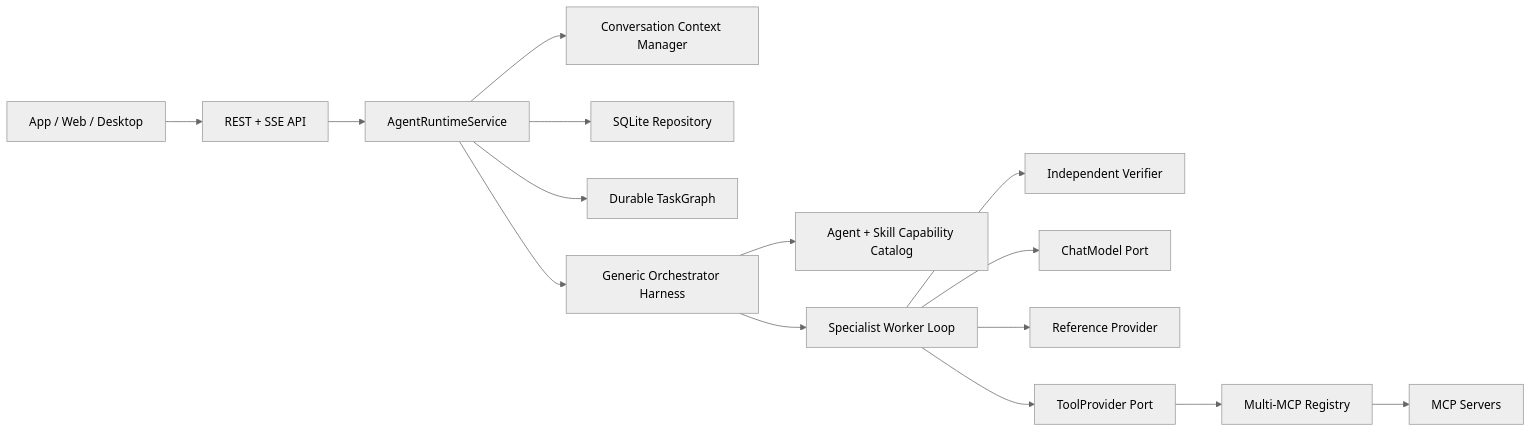
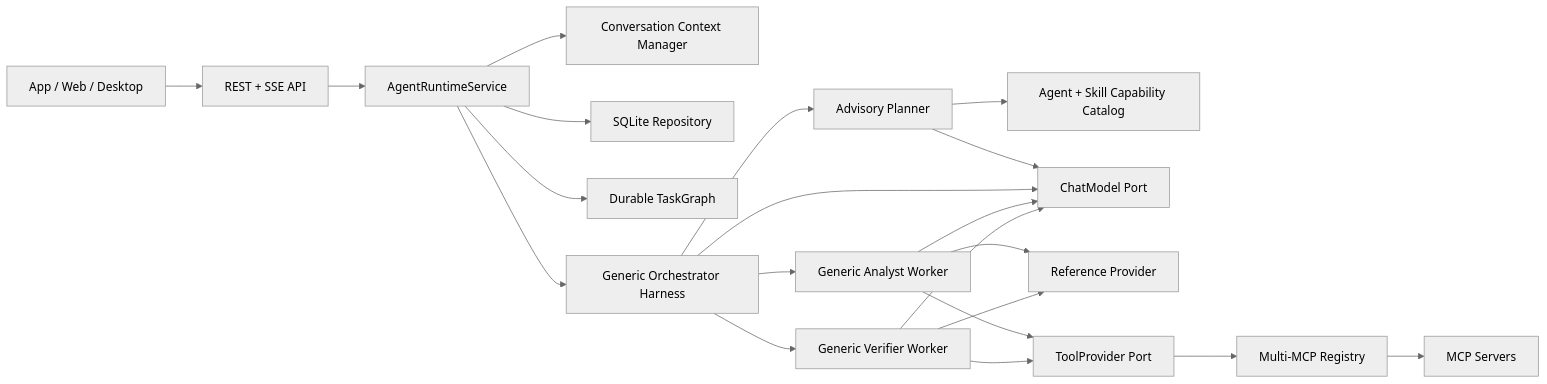
One commit to KawhiWei/nino-agent changed the diagram in README.md. Above: the diagram before and after it, drawn with Mermaid (neutral theme). The commit also changed other lines of this file and 38 other files, not shown here.

````diff
--- a/README.md
+++ b/README.md
@@ -62,17 +61,23 @@
 ```mermaid
 flowchart LR
     Client["App / Web / Desktop"] --> API["REST + SSE API"]
     API --> Runtime["AgentRuntimeService"]
     Runtime --> Context["Conversation Context Manager"]
     Runtime --> Repository["SQLite Repository"]
     Runtime --> Graph["Durable TaskGraph"]
     Runtime --> Orchestrator["Generic Orchestrator Harness"]
-    Orchestrator --> Catalog["Agent + Skill Capability Catalog"]
-    Orchestrator --> Worker["Specialist Worker Loop"]
-    Worker --> Verifier["Independent Verifier"]
-    Worker --> Model["ChatModel Port"]
-    Worker --> References["Reference Provider"]
-    Worker --> Tools["ToolProvider Port"]
+    Orchestrator --> Planner["Advisory Planner"]
+    Planner --> Catalog["Agent + Skill Capability Catalog"]
+    Orchestrator --> Analyst["Generic Analyst Worker"]
+    Orchestrator --> Verifier["Generic Verifier Worker"]
+    Planner --> Model["ChatModel Port"]
+    Orchestrator --> Model
+    Analyst --> Model
+    Verifier --> Model
+    Analyst --> References["Reference Provider"]
+    Verifier --> References
+    Analyst --> Tools["ToolProvider Port"]
+    Verifier --> Tools
     Tools --> Registry["Multi-MCP Registry"]
     Registry --> MCP["MCP Servers"]
 ```
````
